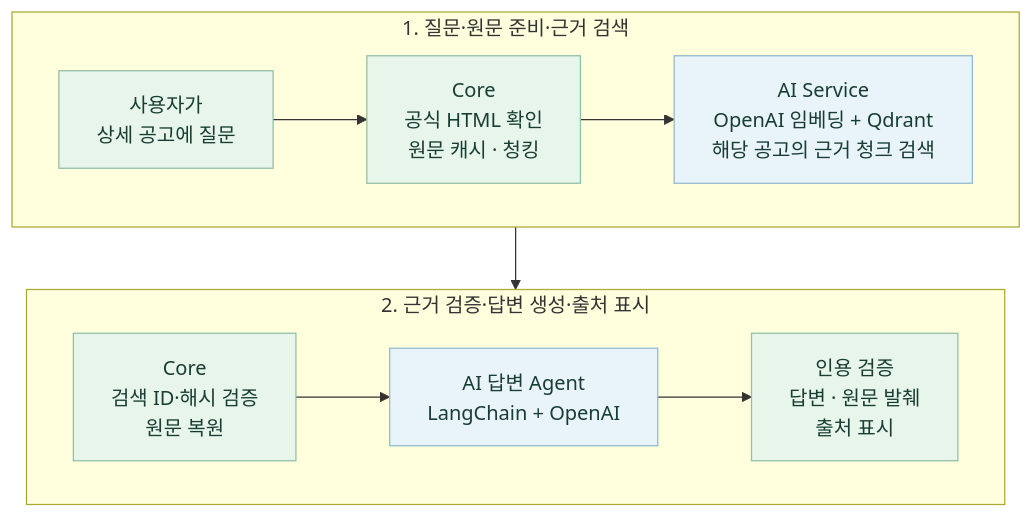
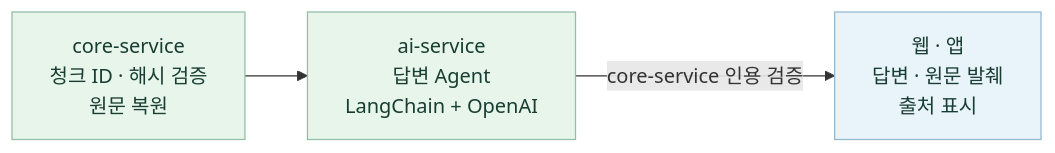
Before and after one commit to 20220348-kim/SKN34-4th-1Team: diagram 14 of 17 in README.md, drawn with Mermaid. The commit also changed other lines of this file and 1 other file, not shown here.

````diff
--- a/README.md
+++ b/README.md
@@ -486,18 +524,9 @@
 ```mermaid
-flowchart TB
-    subgraph EvidenceSearch["1. 질문·원문 준비·근거 검색"]
-        direction LR
-        Question["사용자가<br/>상세 공고에 질문"] --> Prepare["Core<br/>공식 HTML 확인<br/>원문 캐시 · 청킹"]
-        Prepare --> Retrieve["AI Service<br/>OpenAI 임베딩 + Qdrant<br/>해당 공고의 근거 청크 검색"]
-    end
-    subgraph AnswerGeneration["2. 근거 검증·답변 생성·출처 표시"]
-        direction LR
-        Verify["Core<br/>검색 ID·해시 검증<br/>원문 복원"] --> Answer["AI 답변 Agent<br/>LangChain + OpenAI"]
-        Answer --> Cite["인용 검증<br/>답변 · 원문 발췌<br/>출처 표시"]
-    end
-    EvidenceSearch --> AnswerGeneration
-    classDef step fill:#e7f5eb,stroke:#92bda6,color:#183d32
-    classDef ai fill:#e8f3fa,stroke:#91b9cd,color:#183d32
-    class Question,Prepare,Verify,Cite step
-    class Retrieve,Answer ai
+flowchart LR
+    Verify["core-service<br/>청크 ID · 해시 검증<br/>원문 복원"] --> Answer["ai-service<br/>답변 Agent<br/>LangChain + OpenAI"]
+    Answer -->|core-service 인용 검증| Response["웹 · 앱<br/>답변 · 원문 발췌<br/>출처 표시"]
+    classDef client fill:#e8f3fa,stroke:#91b9cd,color:#183d32
+    classDef service fill:#e7f5eb,stroke:#92bda6,color:#183d32
+    class Verify,Answer service
+    class Response client
 ```
````
